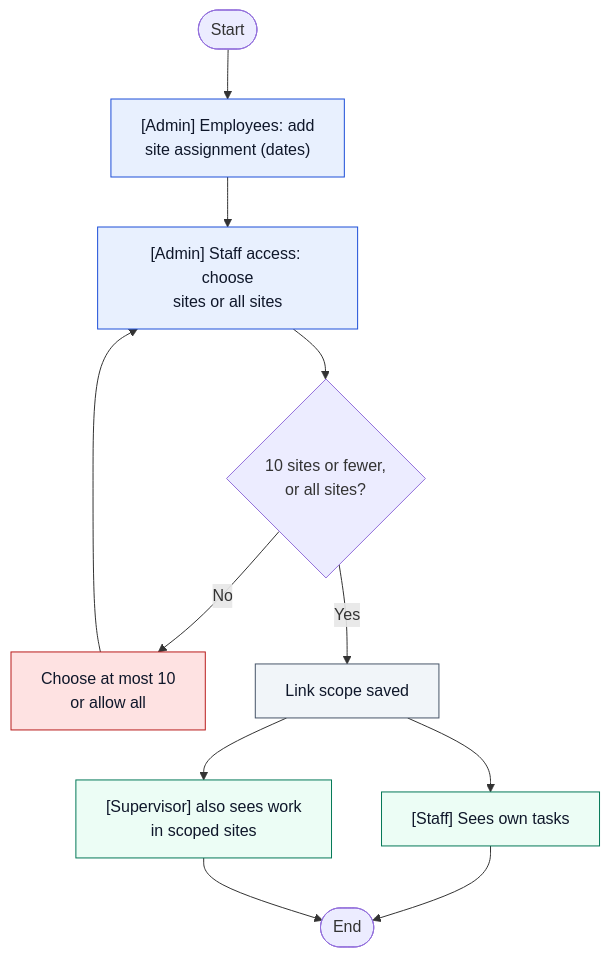
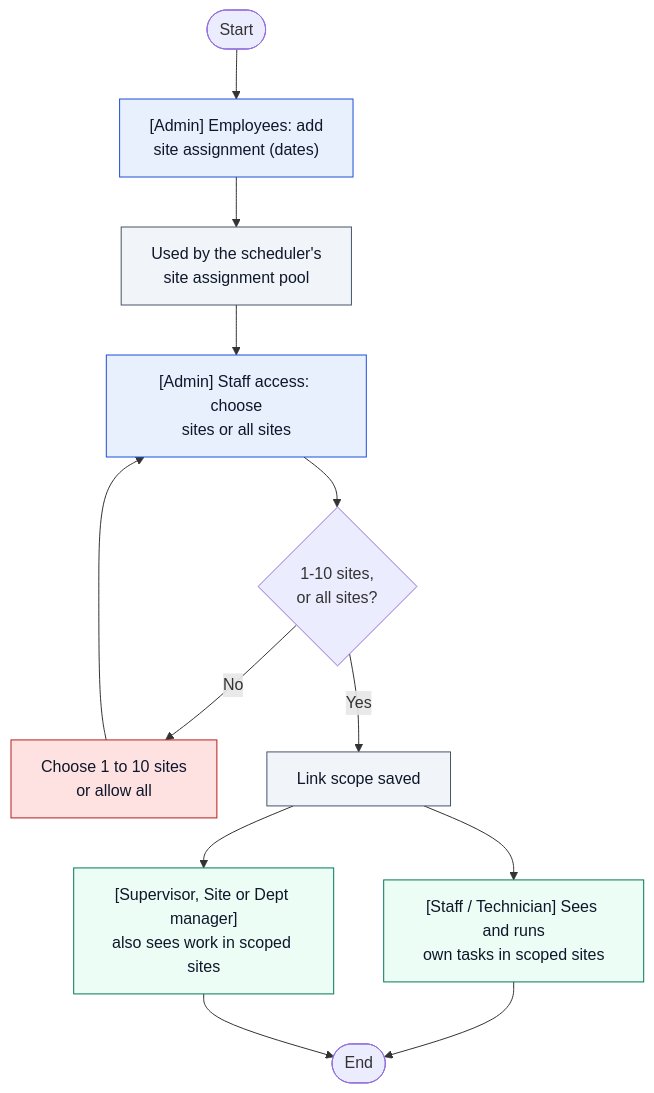
Before and after one commit to tsforcetech/FMS: the diagram in docs/help/diagrams/wf-14.mmd, drawn with Mermaid. The commit also changed 79 other files, not shown here.

First line of the commit message:
Phase 9: workflow diagrams verified against the code (37 corrected)

```diff
--- a/docs/help/diagrams/wf-14.mmd
+++ b/docs/help/diagrams/wf-14.mmd
@@ -1,19 +1,20 @@
 %% title: Staff site assignment
 %% articles: people.employees,setup.staff-access,ts.wrong-site
-%% sources: apps/admin-web/src/management/staffStore.ts,firebase/firestore.rules
+%% sources: apps/admin-web/src/management/staffStore.ts,apps/admin-web/src/management/StaffAccess.tsx,apps/admin-web/src/management/scheduling.ts,firebase/firestore.rules
 flowchart TD
   S([Start]) --> A["[Admin] Employees: add<br/>site assignment (dates)"]:::admin
-  A --> B["[Admin] Staff access: choose<br/>sites or all sites"]:::admin
-  B --> C{"10 sites or fewer,<br/>or all sites?"}
-  C -- No --> E1["Choose at most 10<br/>or allow all"]:::stop --> B
+  A --> A2["Used by the scheduler's<br/>site assignment pool"]:::system
+  A2 --> B["[Admin] Staff access: choose<br/>sites or all sites"]:::admin
+  B --> C{"1-10 sites,<br/>or all sites?"}
+  C -- No --> E1["Choose 1 to 10 sites<br/>or allow all"]:::stop --> B
   C -- Yes --> D["Link scope saved"]:::system
-  D --> E["[Staff] Sees own tasks"]:::staff
-  D --> F["[Supervisor] also sees work<br/>in scoped sites"]:::staff
+  D --> E["[Staff / Technician] Sees and runs<br/>own tasks in scoped sites"]:::staff
+  D --> F["[Supervisor, Site or Dept manager]<br/>also sees work in scoped sites"]:::staff
   E --> X([End])
   F --> X
   classDef admin fill:#e8f0fe,stroke:#1d4ed8,color:#0f172a
   classDef staff fill:#ecfdf5,stroke:#047857,color:#0f172a
   classDef customer fill:#fdf4ff,stroke:#a21caf,color:#0f172a
   classDef platform fill:#fff7ed,stroke:#c2410c,color:#0f172a
   classDef system fill:#f1f5f9,stroke:#475569,color:#0f172a
   classDef stop fill:#fee2e2,stroke:#b91c1c,color:#0f172a
```
